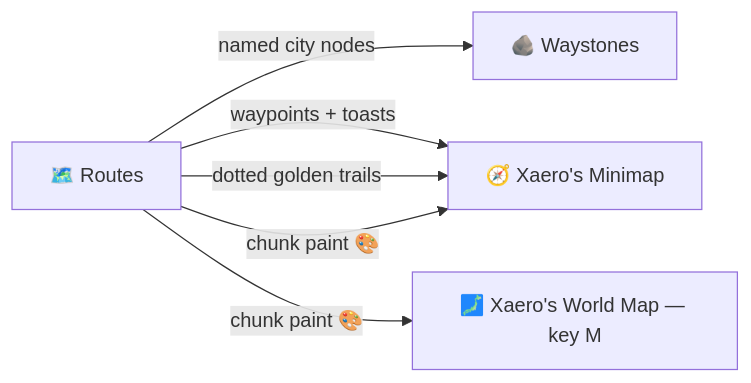
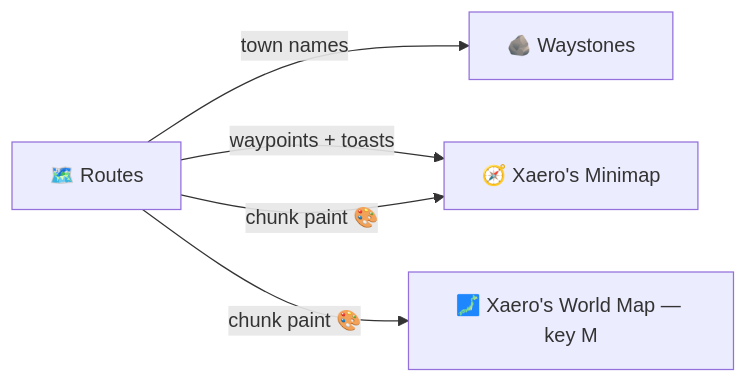
One commit to manucruzleiva/mod-wiki changed the diagram in docs/routes/map-integration.md. Above: the diagram before and after it, drawn with Mermaid. The commit also changed other lines of this file and 11 other files, not shown here.

First line of the commit message:
docs(routes): las páginas describen el motor gen2, no el lecho pavimentado ni los trails dorados (#31)

````diff
--- a/docs/routes/map-integration.md
+++ b/docs/routes/map-integration.md
@@ -6,8 +6,7 @@
 ```mermaid
 flowchart LR
-    CR[🗺️ Routes] -->|named city nodes| WS[🪨 Waystones]
+    CR[🗺️ Routes] -->|town names| WS[🪨 Waystones]
     CR -->|waypoints + toasts| XM[🧭 Xaero's Minimap]
-    CR -->|dotted golden trails| XM
     CR -->|chunk paint 🎨| XM
     CR -->|chunk paint 🎨| XW[🗾 Xaero's World Map — key M]
 ```
````
